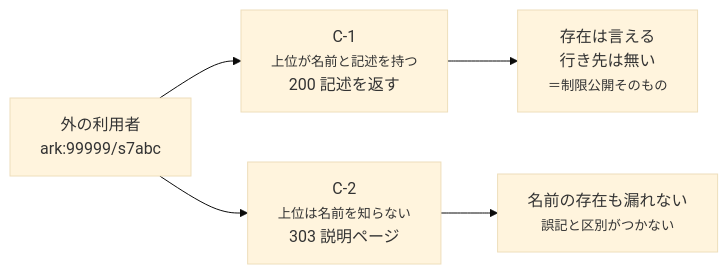
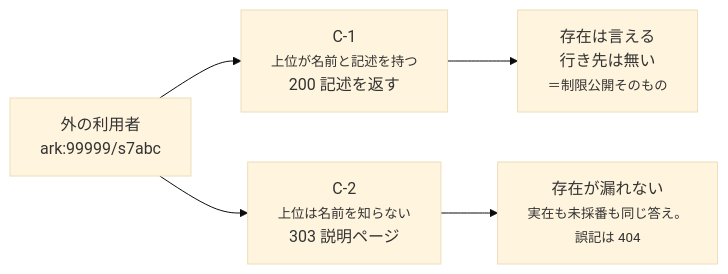
Before and after one commit to RCOSDP/arkhe: the tenth of 14 diagrams in docs/guides/federation.ja.md, drawn with Mermaid (base theme). The commit also changed other lines of this file and 5 other files, not shown here.

````diff
--- a/docs/guides/federation.ja.md
+++ b/docs/guides/federation.ja.md
@@ -299,7 +304,7 @@
 ```mermaid
 flowchart LR
     U["外の利用者<br/>ark:99999/s7abc"] --> C1["C-1<br/><small>上位が名前と記述を持つ</small><br/>200 記述を返す"]
     U --> C2["C-2<br/><small>上位は名前を知らない</small><br/>303 説明ページ"]
     C1 --> R1["存在は言える<br/>行き先は無い<br/><small>＝制限公開そのもの</small>"]
-    C2 --> R2["名前の存在も漏れない<br/><small>誤記と区別がつかない</small>"]
+    C2 --> R2["存在が漏れない<br/><small>実在も未採番も同じ答え。<br/>誤記は 404</small>"]
 ```
````
